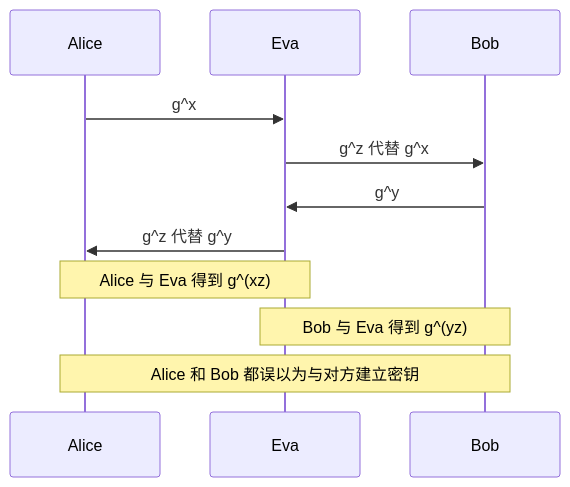
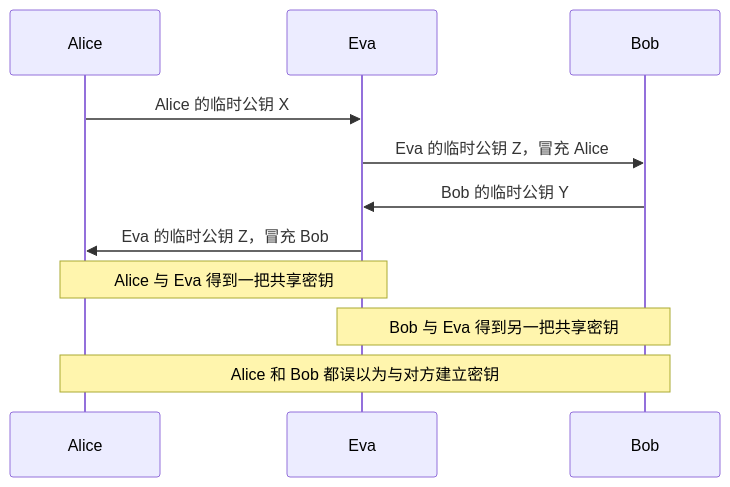
One commit to 22mouseok-crypto/obsidian-vault changed the sixth of 21 diagrams in 大三下/密码协议/密码协议期末复习-Obsidian视觉版.md. Above: the diagram before and after it, drawn with Mermaid. The commit also changed other lines of this file, not shown here.

````diff
--- a/大三下/密码协议/密码协议期末复习-Obsidian视觉版.md
+++ b/大三下/密码协议/密码协议期末复习-Obsidian视觉版.md
@@ -272,15 +280,15 @@
 ```mermaid
 sequenceDiagram
     participant A as Alice
     participant E as Eva
     participant B as Bob
 
-    A->>E: g^x
-    E->>B: g^z 代替 g^x
-    B->>E: g^y
-    E->>A: g^z 代替 g^y
+    A->>E: Alice 的临时公钥 X
+    E->>B: Eva 的临时公钥 Z，冒充 Alice
+    B->>E: Bob 的临时公钥 Y
+    E->>A: Eva 的临时公钥 Z，冒充 Bob
 
-    Note over A,E: Alice 与 Eva 得到 g^(xz)
-    Note over E,B: Bob 与 Eva 得到 g^(yz)
+    Note over A,E: Alice 与 Eva 得到一把共享密钥
+    Note over E,B: Bob 与 Eva 得到另一把共享密钥
     Note over A,B: Alice 和 Bob 都误以为与对方建立密钥
 ```
````
